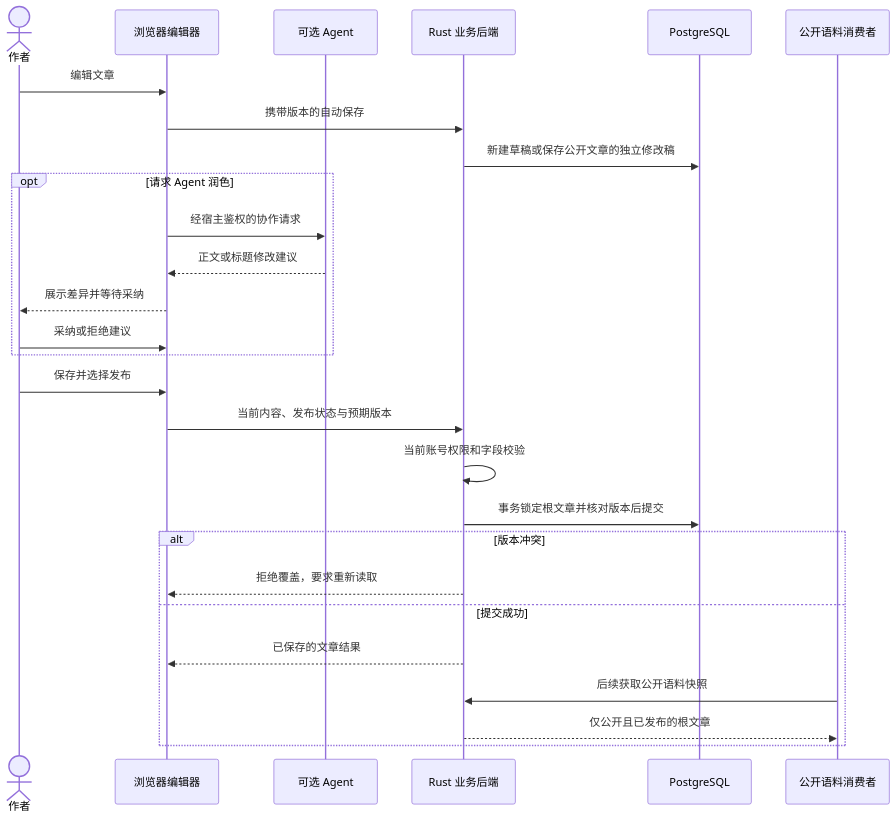
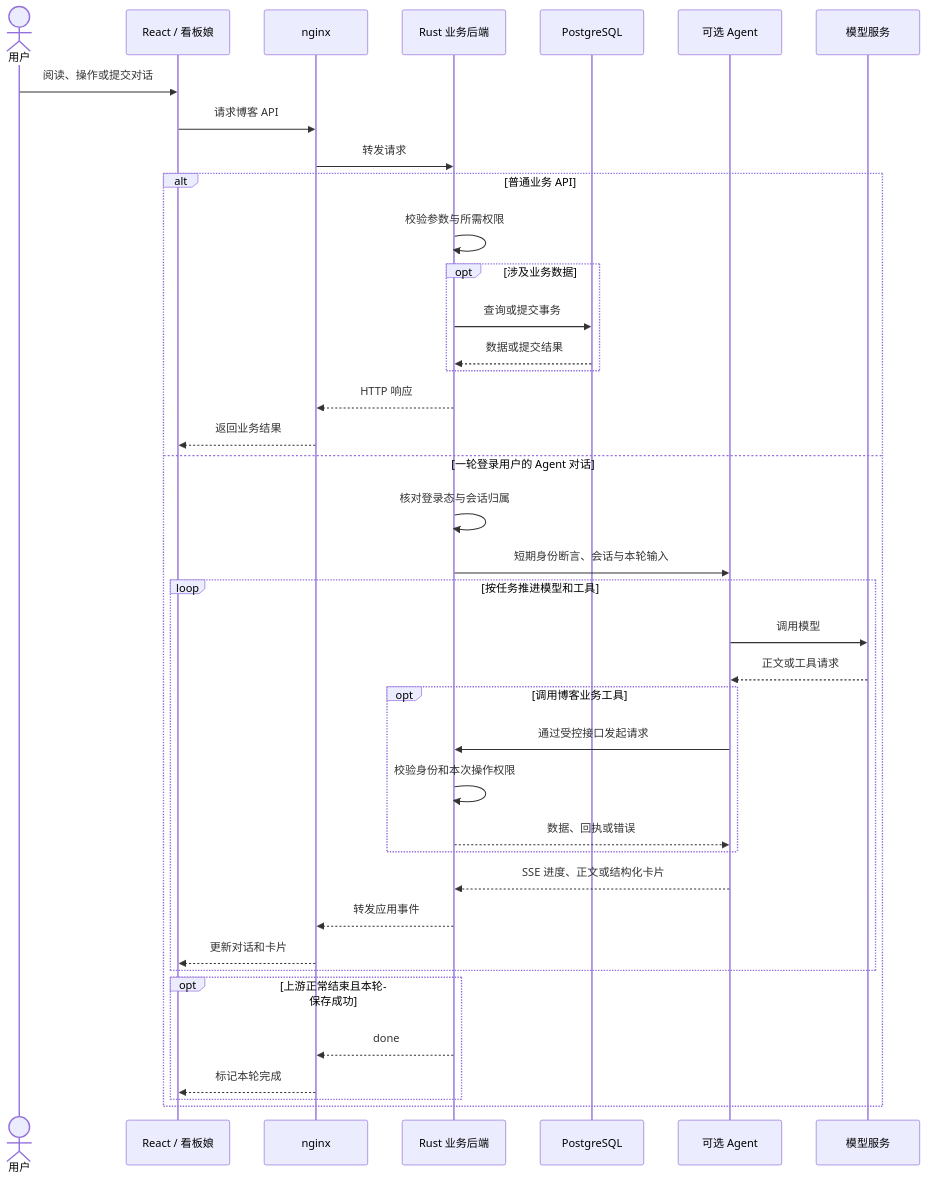
Before and after one commit to BigLeopardCat/Saudade-Blog: the second of 2 diagrams in docs/architecture.md, drawn with Mermaid. The commit also changed other lines of this file and 13 other files, not shown here.

````diff
--- a/docs/architecture.md
+++ b/docs/architecture.md
@@ -44,29 +24,42 @@
 ```mermaid
 sequenceDiagram
-    actor User as 作者
-    participant Editor as 浏览器编辑器
-    participant Agent as 可选 Agent
+    actor User as 用户
+    participant UI as React / 看板娘
+    participant Proxy as nginx
     participant Host as Rust 业务后端
     participant DB as PostgreSQL
-    participant Corpus as 公开语料消费者
-    User->>Editor: 编辑文章
-    Editor->>Host: 携带版本的自动保存
-    Host->>DB: 新建草稿或保存公开文章的独立修改稿
-    opt 请求 Agent 润色
-        Editor->>Agent: 经宿主鉴权的协作请求
-        Agent-->>Editor: 正文或标题修改建议
-        Editor-->>User: 展示差异并等待采纳
-        User->>Editor: 采纳或拒绝建议
-    end
-    User->>Editor: 保存并选择发布
-    Editor->>Host: 当前内容、发布状态与预期版本
-    Host->>Host: 当前账号权限和字段校验
-    Host->>DB: 事务锁定根文章并核对版本后提交
-    alt 版本冲突
-        Host-->>Editor: 拒绝覆盖，要求重新读取
-    else 提交成功
-        Host-->>Editor: 已保存的文章结果
-        Corpus->>Host: 后续获取公开语料快照
-        Host-->>Corpus: 仅公开且已发布的根文章
+    participant Agent as 可选 Agent
+    participant Model as 模型服务
+
+    User->>UI: 阅读、操作或提交对话
+    UI->>Proxy: 请求博客 API
+    Proxy->>Host: 转发请求
+    alt 普通业务 API
+        Host->>Host: 校验参数与所需权限
+        opt 涉及业务数据
+            Host->>DB: 查询或提交事务
+            DB-->>Host: 数据或提交结果
+        end
+        Host-->>Proxy: HTTP 响应
+        Proxy-->>UI: 返回业务结果
+    else 一轮登录用户的 Agent 对话
+        Host->>Host: 核对登录态与会话归属
+        Host->>Agent: 短期身份断言、会话与本轮输入
+        loop 按任务推进模型和工具
+            Agent->>Model: 调用模型
+            Model-->>Agent: 正文或工具请求
+            opt 调用博客业务工具
+                Agent->>Host: 通过受控接口发起请求
+                Host->>Host: 校验身份和本次操作权限
+                Host-->>Agent: 数据、回执或错误
+            end
+            Agent-->>Host: SSE 进度、正文或结构化卡片
+            Host-->>Proxy: 转发应用事件
+            Proxy-->>UI: 更新对话和卡片
+        end
+        opt 上游正常结束且本轮保存成功
+            Host-->>Proxy: done
+            Proxy-->>UI: 标记本轮完成
+        end
     end
 ```
````
